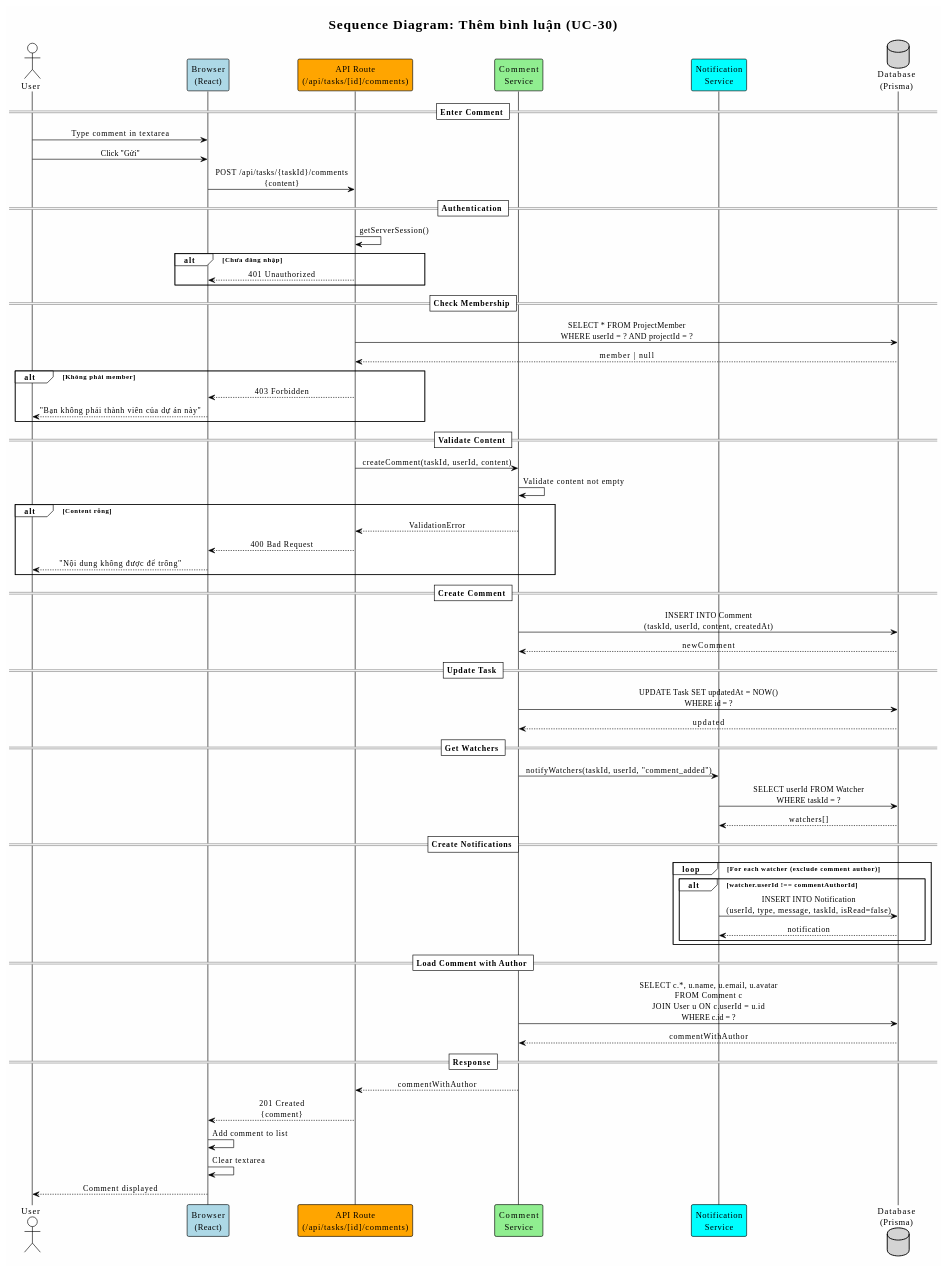
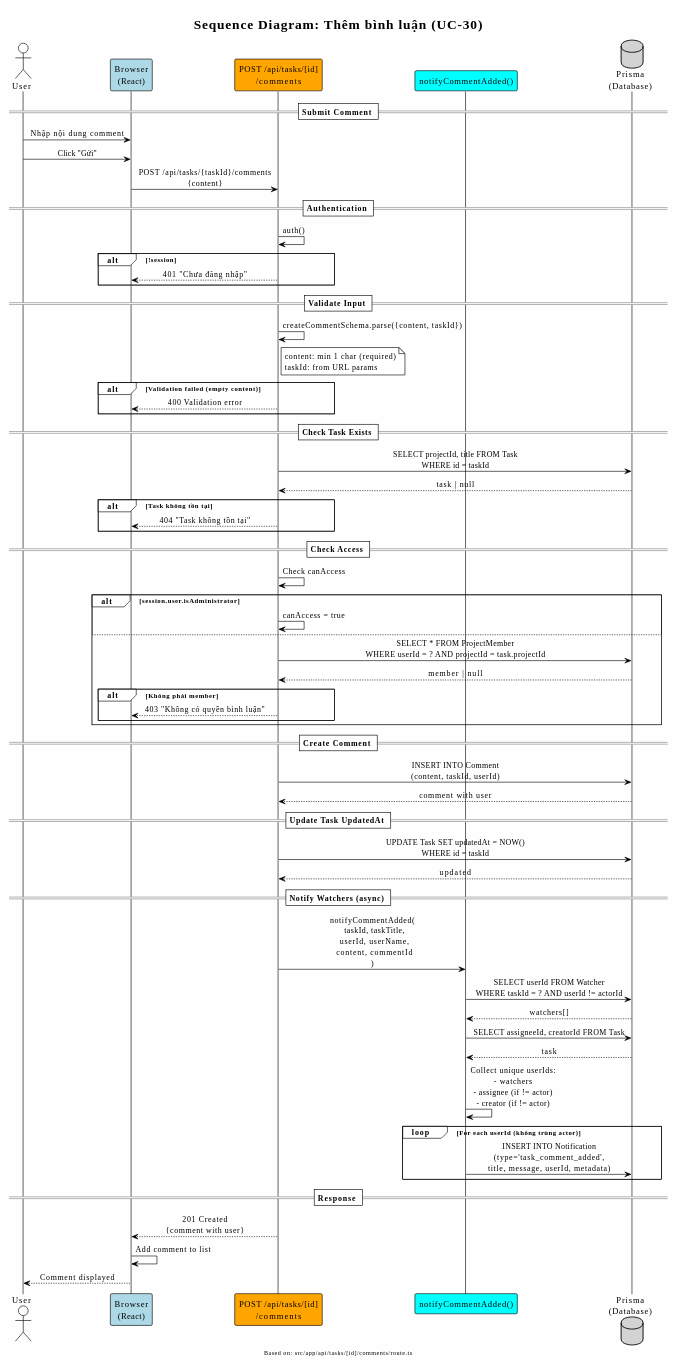
One commit to docuong039/worksphere changed the diagram in docs/sequence_diagram/07-add-comment.md. Above: the diagram before and after it, drawn with PlantUML. The commit also changed other lines of this file and 44 other files, not shown here.

Commit message:
update diagram trong docs

```diff
--- a/docs/sequence_diagram/07-add-comment.md
+++ b/docs/sequence_diagram/07-add-comment.md
@@ -26,76 +25,84 @@
 skinparam sequenceMessageAlign center
 
 title Sequence Diagram: Thêm bình luận (UC-30)
+footer Based on: src/app/api/tasks/[id]/comments/route.ts
 
 actor "User" as User
 participant "Browser\n(React)" as Browser #LightBlue
-participant "API Route\n(/api/tasks/[id]/comments)" as API #Orange
-participant "Comment\nService" as CommentService #LightGreen
-participant "Notification\nService" as NotifyService #Cyan
-database "Database\n(Prisma)" as DB #LightGray
+participant "POST /api/tasks/[id]\n/comments" as API #Orange
+participant "notifyCommentAdded()" as Notify #Cyan
+database "Prisma\n(Database)" as DB #LightGray
 
-== Enter Comment ==
-User -> Browser: Type comment in textarea
+== Submit Comment ==
+User -> Browser: Nhập nội dung comment
 User -> Browser: Click "Gửi"
-
 Browser -> API: POST /api/tasks/{taskId}/comments\n{content}
 
 == Authentication ==
-API -> API: getServerSession()
-alt Chưa đăng nhập
-    API --> Browser: 401 Unauthorized
+API -> API: auth()
+alt !session
+    API --> Browser: 401 "Chưa đăng nhập"
 end
 
-== Check Membership ==
-API -> DB: SELECT * FROM ProjectMember\nWHERE userId = ? AND projectId = ?
-DB --> API: member | null
+== Validate Input ==
+API -> API: createCommentSchema.parse({content, taskId})
+note right of API
+  content: min 1 char (required)
+  taskId: from URL params
+end note
 
-alt Không phải member
-    API --> Browser: 403 Forbidden
-    Browser --> User: "Bạn không phải thành viên của dự án này"
+alt Validation failed (empty content)
+    API --> Browser: 400 Validation error
 end
 
-== Validate Content ==
-API -> CommentService: createComment(taskId, userId, content)
-CommentService -> CommentService: Validate content not empty
+== Check Task Exists ==
+API -> DB: SELECT projectId, title FROM Task\nWHERE id = taskId
+DB --> API: task | null
 
-alt Content rỗng
-    CommentService --> API: ValidationError
-    API --> Browser: 400 Bad Request
-    Browser --> User: "Nội dung không được để trống"
+alt Task không tồn tại
+    API --> Browser: 404 "Task không tồn tại"
+end
+
+== Check Access ==
+API -> API: Check canAccess
+alt session.user.isAdministrator
+    API -> API: canAccess = true
+else
+    API -> DB: SELECT * FROM ProjectMember\nWHERE userId = ? AND projectId = task.projectId
+    DB --> API: member | null
+    
+    alt Không phải member
+        API --> Browser: 403 "Không có quyền bình luận"
+    end
 end
 
 == Create Comment ==
-CommentService -> DB: INSERT INTO Comment\n(taskId, userId, content, createdAt)
-DB --> CommentService: newComment
+API -> DB: INSERT INTO Comment\n(content, taskId, userId)
+DB --> API: comment with user
 
-== Update Task ==
-CommentService -> DB: UPDATE Task SET updatedAt = NOW()\nWHERE id = ?
-DB --> CommentService: updated
+== Update Task UpdatedAt ==
+API -> DB: UPDATE Task SET updatedAt = NOW()\nWHERE id = taskId
+DB --> API: updated
 
-== Get Watchers ==
-CommentService -> NotifyService: notifyWatchers(taskId, userId, "comment_added")
-NotifyService -> DB: SELECT userId FROM Watcher\nWHERE taskId = ?
-DB --> NotifyService: watchers[]
+== Notify Watchers (async) ==
+API -> Notify: notifyCommentAdded(\n  taskId, taskTitle,\n  userId, userName,\n  content, commentId\n)
 
-== Create Notifications ==
-loop For each watcher (exclude comment author)
-    alt watcher.userId !== commentAuthorId
-        NotifyService -> DB: INSERT INTO Notification\n(userId, type, message, taskId, isRead=false)
-        DB --> NotifyService: notification
-    end
+Notify -> DB: SELECT userId FROM Watcher\nWHERE taskId = ? AND userId != actorId
+DB --> Notify: watchers[]
+
+Notify -> DB: SELECT assigneeId, creatorId FROM Task
+DB --> Notify: task
+
+Notify -> Notify: Collect unique userIds:\n- watchers\n- assignee (if != actor)\n- creator (if != actor)
+
+loop For each userId (không trùng actor)
+    Notify -> DB: INSERT INTO Notification\n(type='task_comment_added',\ntitle, message, userId, metadata)
 end
 
-== Load Comment with Author ==
-CommentService -> DB: SELECT c.*, u.name, u.email, u.avatar\nFROM Comment c\nJOIN User u ON c.userId = u.id\nWHERE c.id = ?
-DB --> CommentService: commentWithAuthor
-
 == Response ==
-CommentService --> API: commentWithAuthor
-API --> Browser: 201 Created\n{comment}
+API --> Browser: 201 Created\n{comment with user}
 
 Browser -> Browser: Add comment to list
-Browser -> Browser: Clear textarea
 Browser --> User: Comment displayed
 
 @enduml
```
